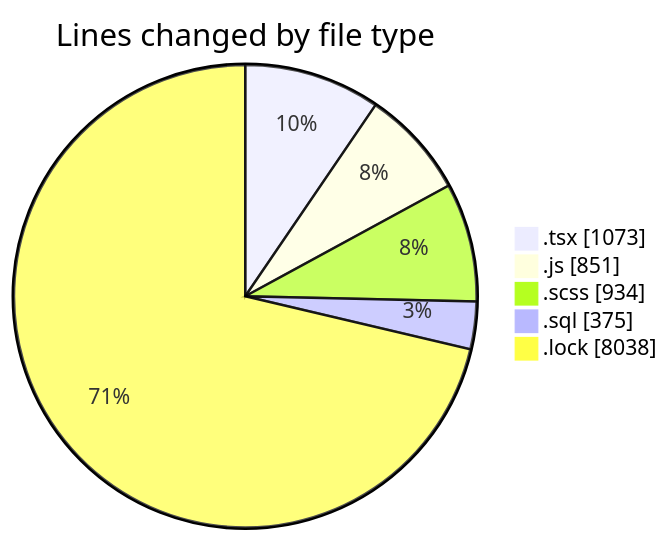
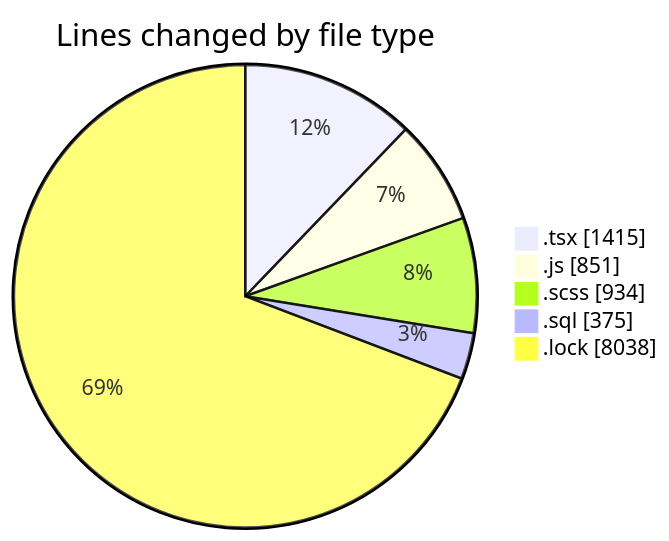
Before and after one commit to momahboobian/code-tracking: the first of 2 diagrams in 2025-03-18/cda/README.md, drawn with Mermaid. The commit also changed other lines of this file and 1 other file, not shown here.

````diff
--- a/2025-03-18/cda/README.md
+++ b/2025-03-18/cda/README.md
@@ -32,9 +32,9 @@
 ```mermaid
 pie showData
 title Lines changed by file type
-".tsx" : 1073
+".tsx" : 1415
 ".js" : 851
 ".scss" : 934
 ".sql" : 375
 ".lock" : 8038
 ```
````
